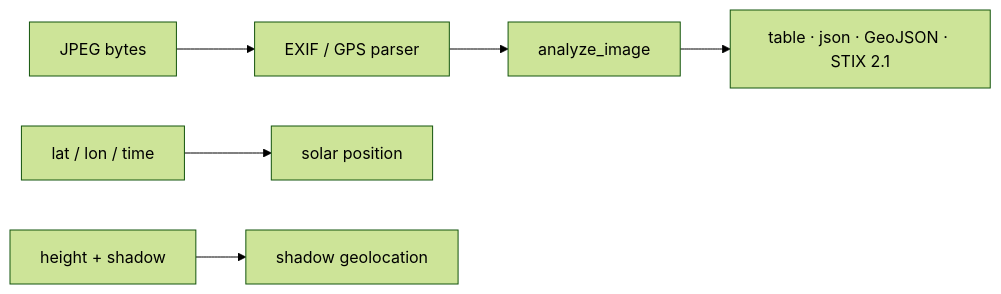
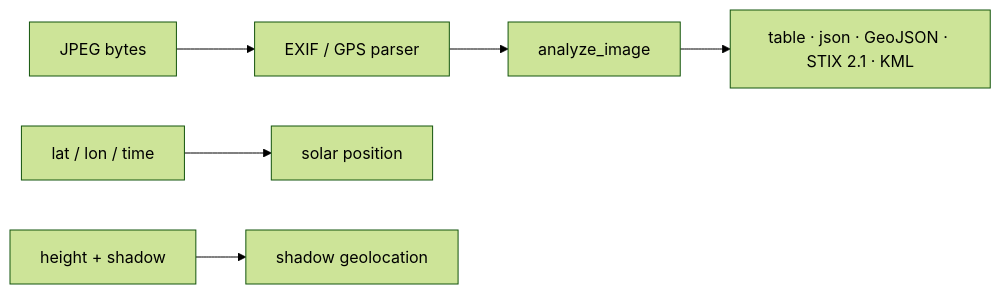
Before and after one commit to cognis-digital/geolens: the second of 2 diagrams in README.md, drawn with Mermaid (forest theme). The commit also changed other lines of this file and 12 other files, not shown here.

````diff
--- a/README.md
+++ b/README.md
@@ -215,8 +217,8 @@
 ```mermaid
 flowchart LR
   img[JPEG bytes] --> exif[EXIF / GPS parser]
   coords[lat / lon / time] --> sun[solar position]
   obs[height + shadow] --> shadow[shadow geolocation]
   exif --> out[analyze_image]
-  out --> fmt[table · json · GeoJSON · STIX 2.1]
+  out --> fmt[table · json · GeoJSON · STIX 2.1 · KML]
 ```
````
